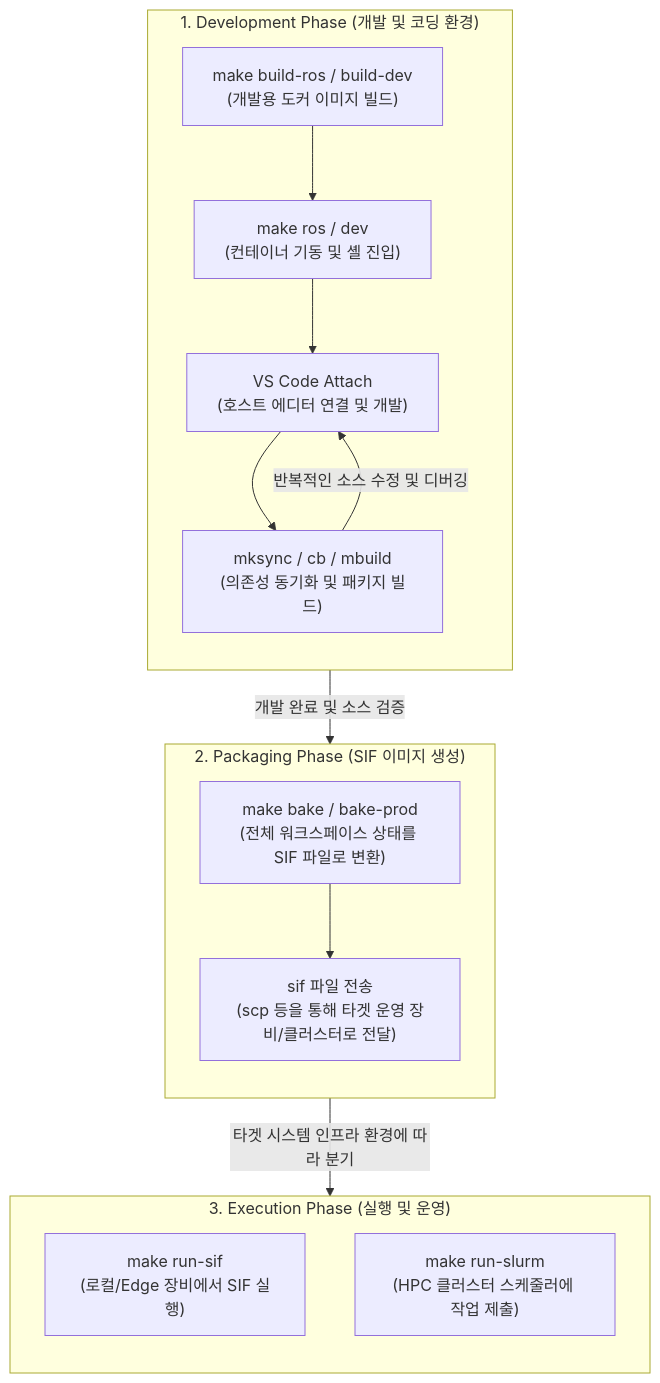
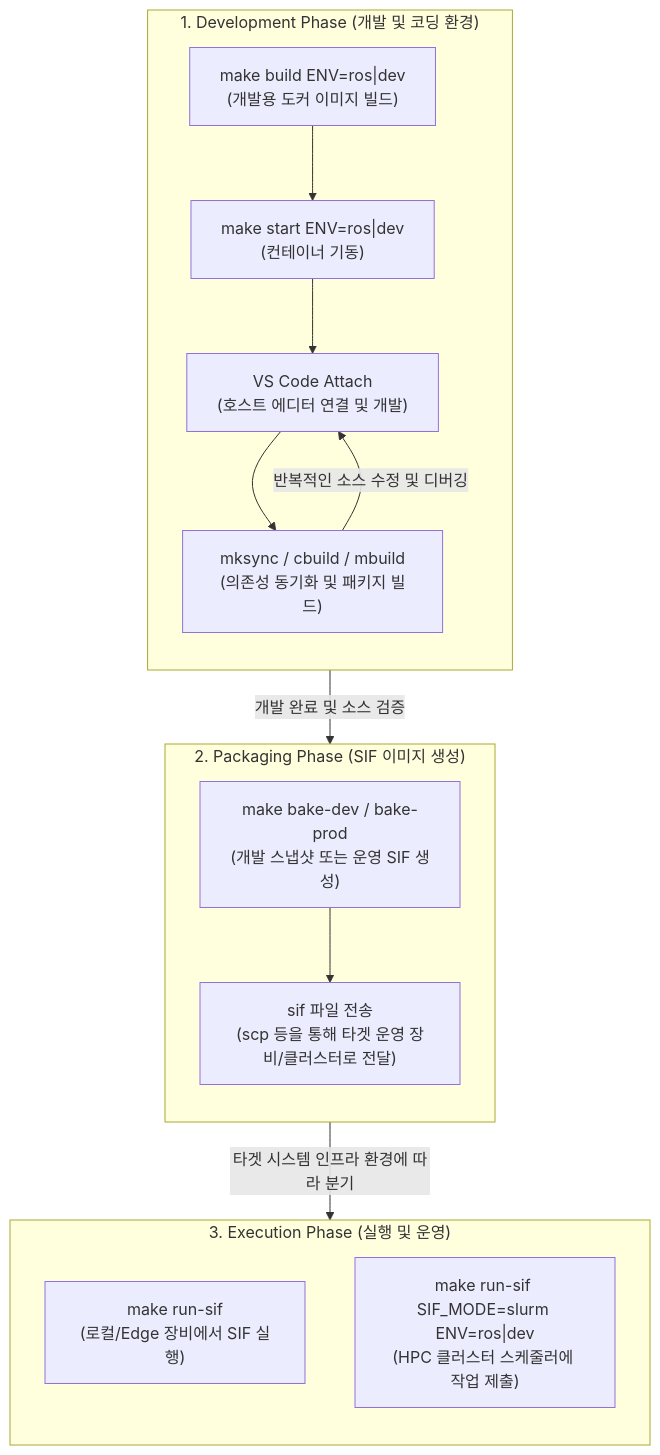
One commit to Lee-hwansoo/DevKit changed the third of 5 diagrams in README.ko.md. Above: the diagram before and after it, drawn with Mermaid. The commit also changed other lines of this file and 43 other files, not shown here.

````diff
--- a/README.ko.md
+++ b/README.ko.md
@@ -185,29 +188,29 @@
 ```mermaid
 flowchart TD
     %% 1. 개발 단계
     subgraph DevPhase["1. Development Phase (개발 및 코딩 환경)"]
         direction TB
-        A["make build-ros / build-dev<br/>(개발용 도커 이미지 빌드)"] --> B["make ros / dev<br/>(컨테이너 기동 및 셸 진입)"]
+        A["make build ENV=ros|dev<br/>(개발용 도커 이미지 빌드)"] --> B["make start ENV=ros|dev<br/>(컨테이너 기동)"]
         B --> C["VS Code Attach<br/>(호스트 에디터 연결 및 개발)"]
-        C --> D["mksync / cb / mbuild<br/>(의존성 동기화 및 패키지 빌드)"]
+        C --> D["mksync / cbuild / mbuild<br/>(의존성 동기화 및 패키지 빌드)"]
         D -->|반복적인 소스 수정 및 디버깅| C
     end
 
     %% 2. 배포 패키징 단계
     subgraph BakePhase["2. Packaging Phase (SIF 이미지 생성)"]
         direction TB
-        E["make bake / bake-prod<br/>(전체 워크스페이스 상태를 SIF 파일로 변환)"]
+        E["make bake-dev / bake-prod<br/>(개발 스냅샷 또는 운영 SIF 생성)"]
         F["sif 파일 전송<br/>(scp 등을 통해 타겟 운영 장비/클러스터로 전달)"]
         E --> F
     end
 
     %% 3. 운영 및 실행 단계
     subgraph DeployPhase["3. Execution Phase (실행 및 운영)"]
         direction TB
         G["make run-sif<br/>(로컬/Edge 장비에서 SIF 실행)"]
-        H["make run-slurm<br/>(HPC 클러스터 스케줄러에 작업 제출)"]
+        H["make run-sif SIF_MODE=slurm ENV=ros|dev<br/>(HPC 클러스터 스케줄러에 작업 제출)"]
     end
 
     DevPhase -->|개발 완료 및 소스 검증| BakePhase
     BakePhase -->|타겟 시스템 인프라 환경에 따라 분기| DeployPhase
 ```
````
